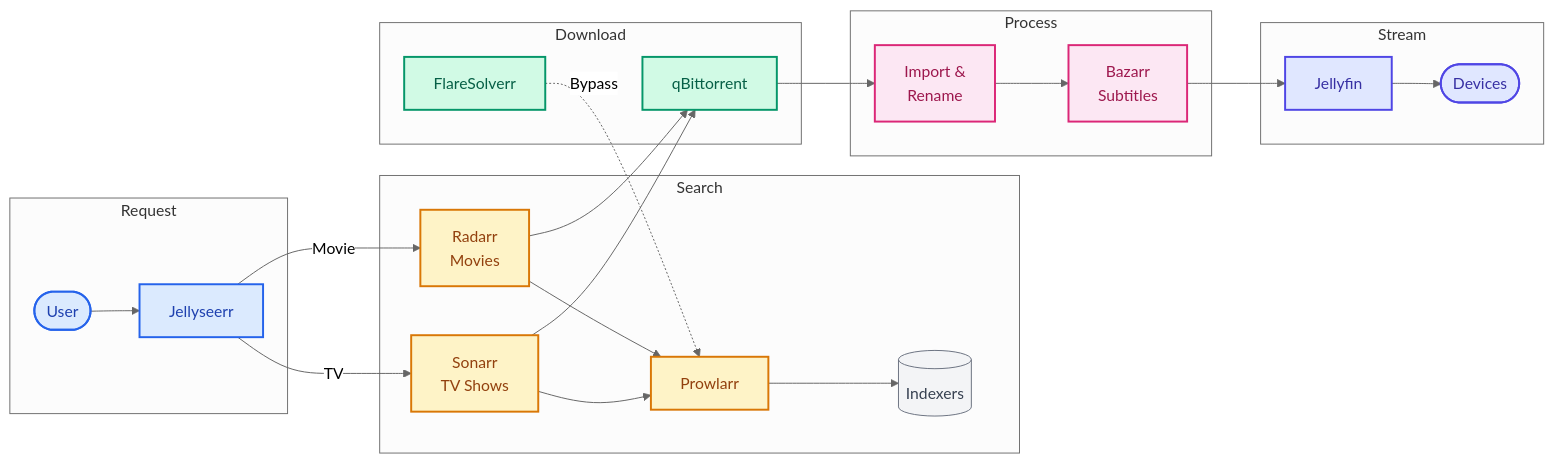
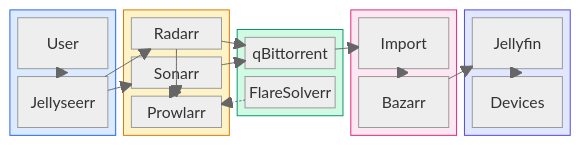
The second of 4 diagrams in docs-site/src/content/docs/guides/introduction.mdx (Mykyta-Home-Server/homeserver), drawn with Mermaid (neutral theme) before and after one commit. The commit also changed other lines of this file and 2 other files, not shown here.

First line of the commit message:
Redesign all Mermaid diagrams using block and architecture syntax

````diff
--- a/docs-site/src/content/docs/guides/introduction.mdx
+++ b/docs-site/src/content/docs/guides/introduction.mdx
@@ -115,65 +69,54 @@
 ```mermaid
-flowchart LR
-    %% Color classes
-    classDef request fill:#dbeafe,stroke:#2563eb,stroke-width:2px,color:#1e40af
-    classDef search fill:#fef3c7,stroke:#d97706,stroke-width:2px,color:#92400e
-    classDef download fill:#d1fae5,stroke:#059669,stroke-width:2px,color:#065f46
-    classDef process fill:#fce7f3,stroke:#db2777,stroke-width:2px,color:#9d174d
-    classDef stream fill:#e0e7ff,stroke:#4f46e5,stroke-width:2px,color:#3730a3
-    classDef external fill:#f3f4f6,stroke:#6b7280,stroke-width:1px,color:#374151
+block-beta
+    columns 5
 
-    %% Request Stage
-    subgraph Stage1[Request]
-        User([User])
-        Jellyseerr[Jellyseerr]
+    block:request:1
+        columns 1
+        r1["User"]
+        r2["Jellyseerr"]
     end
 
-    %% Search Stage
-    subgraph Stage2[Search]
-        Radarr[Radarr<br/>Movies]
-        Sonarr[Sonarr<br/>TV Shows]
-        Prowlarr[Prowlarr]
-        Indexers[(Indexers)]
+    block:search:1
+        columns 1
+        s1["Radarr"]
+        s2["Sonarr"]
+        s3["Prowlarr"]
     end
 
-    %% Download Stage
-    subgraph Stage3[Download]
-        qBittorrent[qBittorrent]
-        FlareSolverr[FlareSolverr]
+    block:download:1
+        columns 1
+        d1["qBittorrent"]
+        d2["FlareSolverr"]
     end
 
-    %% Process Stage
-    subgraph Stage4[Process]
-        Import[Import &<br/>Rename]
-        Bazarr[Bazarr<br/>Subtitles]
+    block:process:1
+        columns 1
+        p1["Import"]
+        p2["Bazarr"]
     end
 
-    %% Stream Stage
-    subgraph Stage5[Stream]
-        Jellyfin[Jellyfin]
-        Devices([Devices])
+    block:stream:1
+        columns 1
+        st1["Jellyfin"]
+        st2["Devices"]
     end
 
-    %% Flow connections
-    User --> Jellyseerr
-    Jellyseerr -->|Movie| Radarr
-    Jellyseerr -->|TV| Sonarr
-    Radarr --> Prowlarr
-    Sonarr --> Prowlarr
-    Prowlarr --> Indexers
-    FlareSolverr -.->|Bypass| Prowlarr
-    Radarr --> qBittorrent
-    Sonarr --> qBittorrent
-    qBittorrent --> Import
-    Import --> Bazarr
-    Bazarr --> Jellyfin
-    Jellyfin --> Devices
+    r1 --> r2
+    r2 --> s1
+    r2 --> s2
+    s1 --> s3
+    s2 --> s3
+    s1 --> d1
+    s2 --> d1
+    d2 -.-> s3
+    d1 --> p1
+    p1 --> p2
+    p2 --> st1
+    st1 --> st2
 
-    %% Apply styles
-    class User,Jellyseerr request
-    class Radarr,Sonarr,Prowlarr search
-    class qBittorrent,FlareSolverr download
-    class Import,Bazarr process
-    class Jellyfin,Devices stream
-    class Indexers external
+    style request fill:#dbeafe,stroke:#2563eb
+    style search fill:#fef3c7,stroke:#d97706
+    style download fill:#d1fae5,stroke:#059669
+    style process fill:#fce7f3,stroke:#db2777
+    style stream fill:#e0e7ff,stroke:#4f46e5
 ```
````
